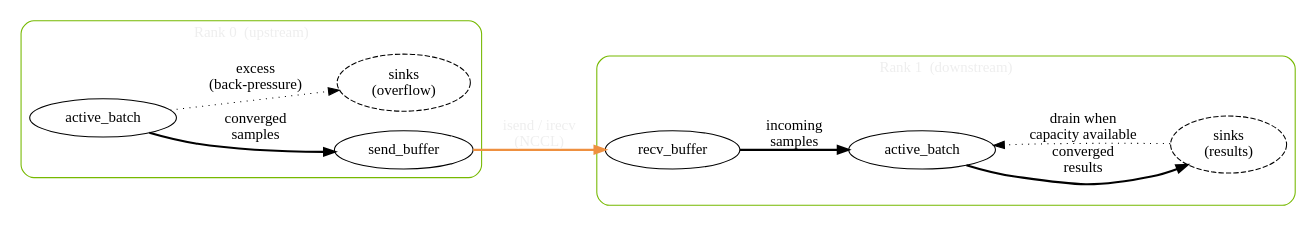
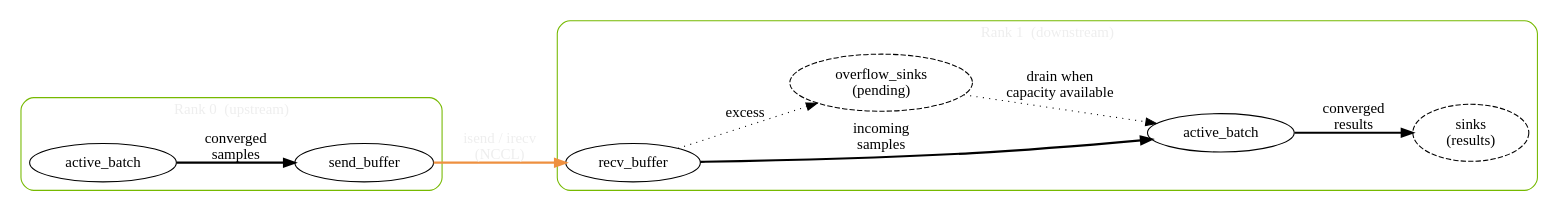
One commit to NVIDIA/nvalchemi-toolkit changed the diagram in docs/userguide/dynamics.md. Above: the diagram before and after it, drawn with Graphviz. The commit also changed other lines of this file and 7 other files, not shown here.

Commit message:
add overflow_sinks to separate from sinks

````diff
--- a/docs/userguide/dynamics.md
+++ b/docs/userguide/dynamics.md
@@ -372,45 +372,45 @@
 ```{graphviz}
 :caption: Buffer synchronization between two adjacent ranks in a DistributedPipeline.
 
 digraph buffer_sync {
     rankdir=LR
     compound=true
 
     subgraph cluster_upstream {
         label="Rank 0  (upstream)"
         style=rounded
         color="#76b900"
         fontcolor="#eeeeee"
 
         u_batch [label="active_batch"]
         u_send  [label="send_buffer" fillcolor="#4a3315"]
-        u_sinks [label="sinks\n(overflow)" style=dashed]
 
         u_batch -> u_send [label="converged\nsamples" style=bold]
-        u_batch -> u_sinks [label="excess\n(back-pressure)" style=dotted]
     }
 
     subgraph cluster_downstream {
         label="Rank 1  (downstream)"
         style=rounded
         color="#76b900"
         fontcolor="#eeeeee"
 
         d_recv  [label="recv_buffer" fillcolor="#4a3315"]
         d_batch [label="active_batch"]
+        d_overflow [label="overflow_sinks\n(pending)" style=dashed]
         d_sinks [label="sinks\n(results)" style=dashed]
 
         d_recv -> d_batch [label="incoming\nsamples" style=bold]
+        d_recv -> d_overflow [label="excess" style=dotted]
+        d_overflow -> d_batch [label="drain when\ncapacity available" style=dotted]
         d_batch -> d_sinks [label="converged\nresults" style=bold]
-        d_sinks -> d_batch [label="drain when\ncapacity available" style=dotted]
     }
 
     u_send -> d_recv [
         label="isend / irecv\n(NCCL)";
         style=bold;
         color="#ee9040";
         fontcolor="#eeeeee";
         penwidth=2;
     ]
 }
 ```
````
